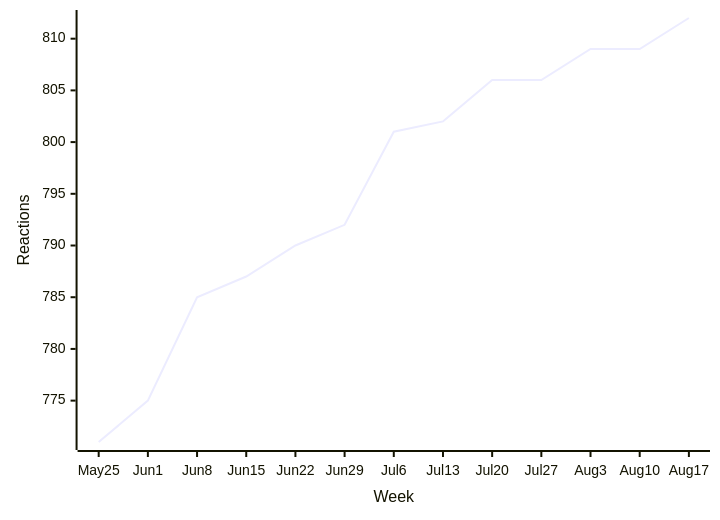
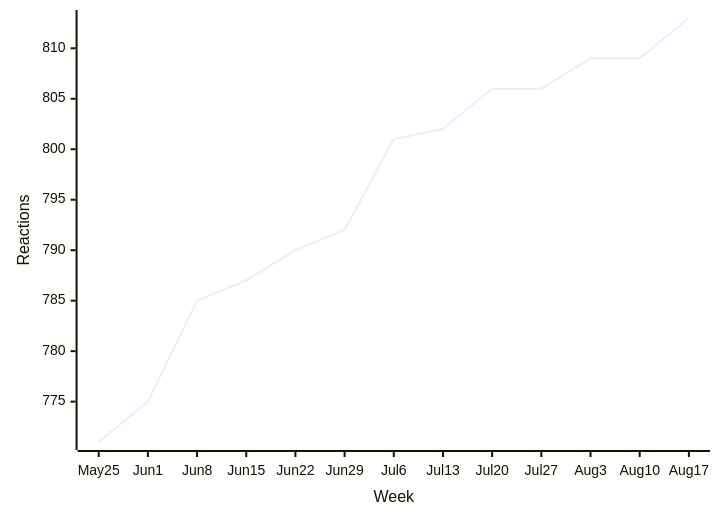
Before and after one commit to loic-sharma/github-insights: the first of 39 diagrams in README.md, drawn with Mermaid. The commit also changed other lines of this file and 1 other file, not shown here.

````diff
--- a/README.md
+++ b/README.md
@@ -324,6 +324,6 @@
   ```mermaid
   xychart-beta
     x-axis "Week" [May 25, Jun 1, Jun 8, Jun 15, Jun 22, Jun 29, Jul 6, Jul 13, Jul 20, Jul 27, Aug 3, Aug 10, Aug 17]
     y-axis "Reactions"
-    line [771, 775, 785, 787, 790, 792, 801, 802, 806, 806, 809, 809, 812]
+    line [771, 775, 785, 787, 790, 792, 801, 802, 806, 806, 809, 809, 813]
   ```
````
